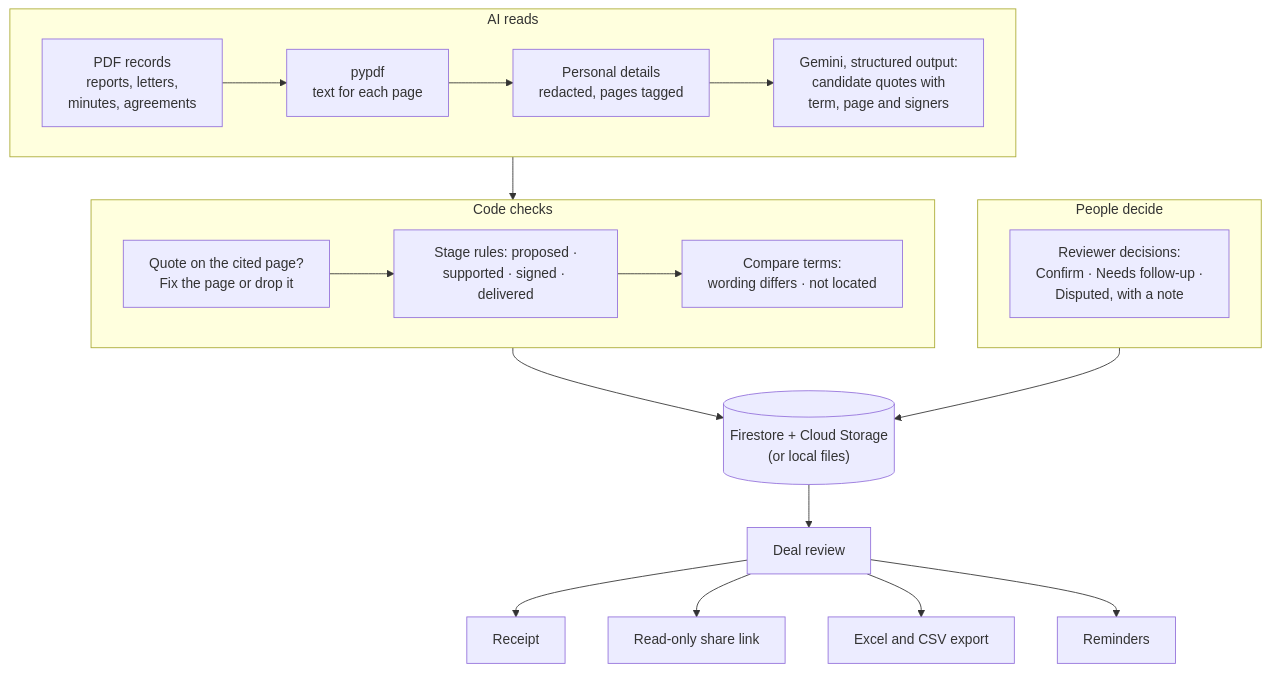
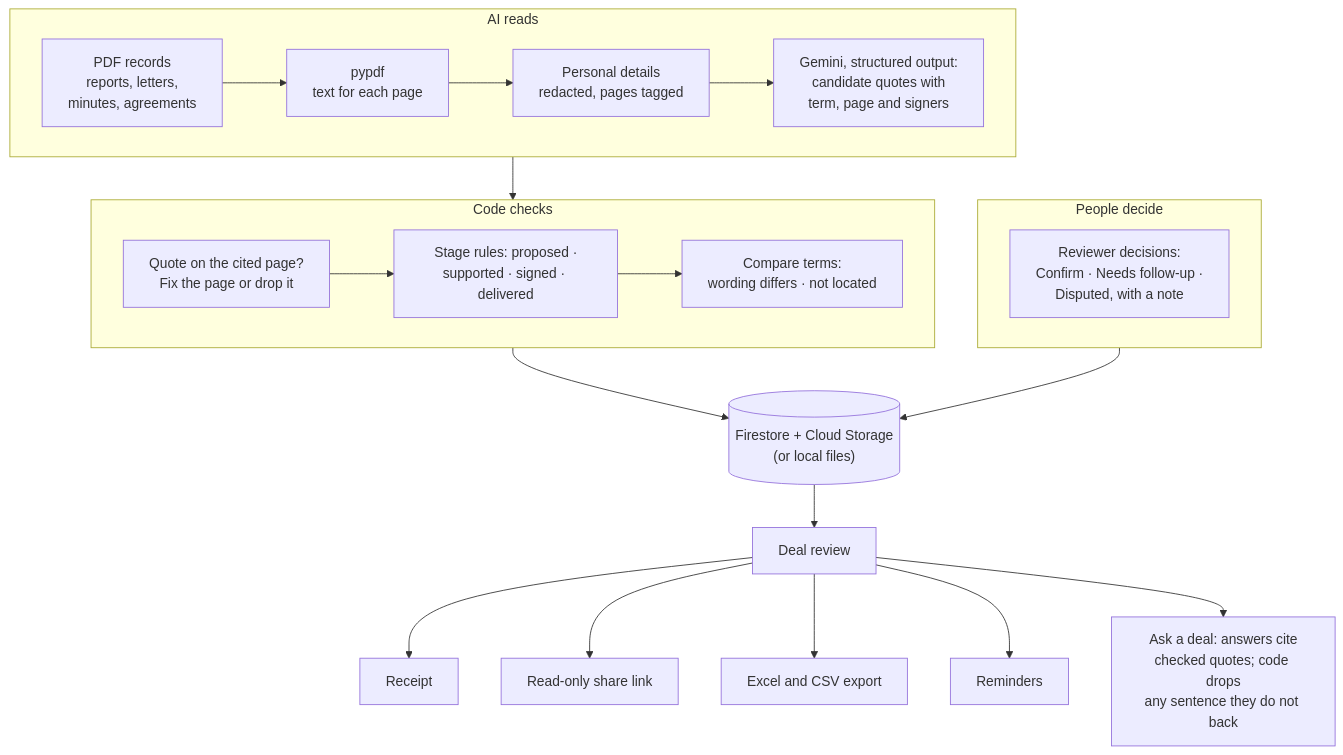
Before and after one commit to MukulRay1603/promise-ledger: the diagram in README.md, drawn with Mermaid. The commit also changed other lines of this file and 1 other file, not shown here.

Commit message:
Docs: Ask a deal, its checks, and records to ask for next

````diff
--- a/README.md
+++ b/README.md
@@ -31,22 +31,23 @@
 ```mermaid
 flowchart TB
   subgraph READ["AI reads"]
     direction LR
     A["PDF records<br/>reports, letters,<br/>minutes, agreements"] --> B["pypdf<br/>text for each page"]
     B --> C["Personal details<br/>redacted, pages tagged"]
     C --> D["Gemini, structured output:<br/>candidate quotes with<br/>term, page and signers"]
   end
   subgraph CHECK["Code checks"]
     direction LR
     E["Quote on the cited page?<br/>Fix the page or drop it"] --> F["Stage rules: proposed ·<br/>supported · signed · delivered"]
     F --> G["Compare terms:<br/>wording differs · not located"]
   end
   subgraph DECIDE["People decide"]
     P["Reviewer decisions:<br/>Confirm · Needs follow-up ·<br/>Disputed, with a note"]
   end
   READ --> CHECK
   CHECK --> S[("Firestore + Cloud Storage<br/>(or local files)")]
   DECIDE --> S
   S --> R["Deal review"]
   R --> R1["Receipt"] & R2["Read-only share link"] & R3["Excel and CSV export"] & R4["Reminders"]
+  R --> R5["Ask a deal: answers cite<br/>checked quotes; code drops<br/>any sentence they do not back"]
 ```
````
